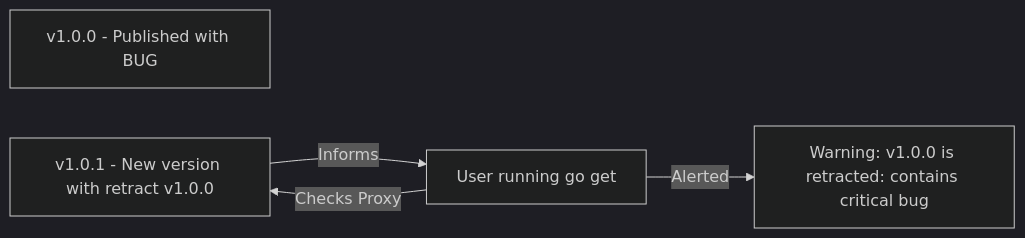
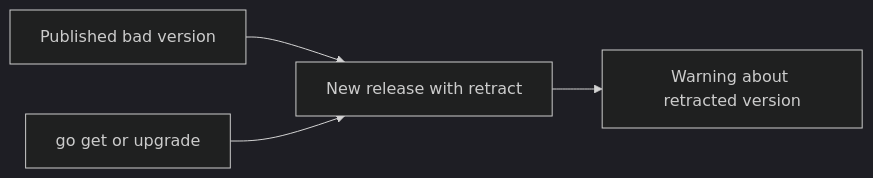
Before and after one commit to syahputrawork98-sketch/Golang-Knowledge-Base: the diagram in RAK-03-evolution/SR-01-module-system/BK-03-maintenance-security/CH-03-retraction/README.md, drawn with Mermaid (dark theme). The commit also changed other lines of this file and 32 other files, not shown here.

````diff
--- a/RAK-03-evolution/SR-01-module-system/BK-03-maintenance-security/CH-03-retraction/README.md
+++ b/RAK-03-evolution/SR-01-module-system/BK-03-maintenance-security/CH-03-retraction/README.md
@@ -34,9 +33,6 @@
 ```mermaid
 graph LR
-    V1[v1.0.0 - Published with BUG]
-    V2[v1.0.1 - New version with retract v1.0.0]
-    
-    User[User running go get] -->|Checks Proxy| V2
-    V2 -->|Informs| User
-    User -->|Alerted| Warning["Warning: v1.0.0 is retracted: contains critical bug"]
+    Bad[Published bad version] --> New[New release with retract]
+    User[go get or upgrade] --> New
+    New --> Warn[Warning about retracted version]
 ```
````
